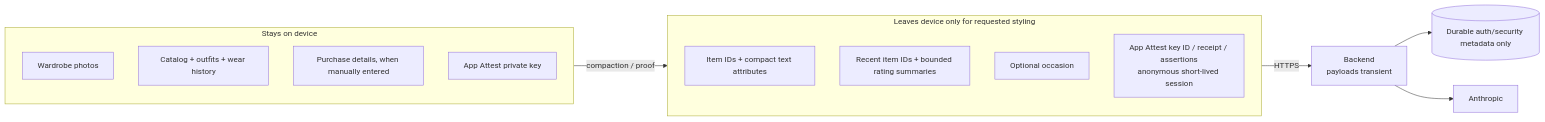
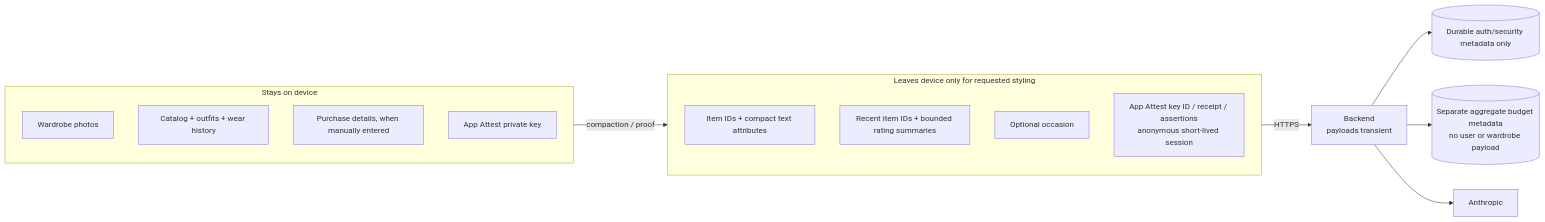
The second of 6 diagrams in docs/architecture.md (tzehon/wardrobe-stylist), drawn with Mermaid before and after one commit. The commit also changed other lines of this file and 33 other files, not shown here.

````diff
--- a/docs/architecture.md
+++ b/docs/architecture.md
@@ -61,23 +68,24 @@
 ```mermaid
 flowchart LR
     subgraph OnDevice["Stays on device"]
         direction TB
         Photos["Wardrobe photos"]
         Catalog["Catalog + outfits + wear history"]
         Purchase["Purchase details, when manually entered"]
         PrivateKey["App Attest private key"]
     end
 
     subgraph Leaves["Leaves device only for requested styling"]
         direction TB
         Attrs["Item IDs + compact text attributes"]
         Recent["Recent item IDs + bounded rating summaries"]
         Occasion["Optional occasion"]
         Proof["App Attest key ID / receipt / assertions<br/>anonymous short-lived session"]
     end
 
     OnDevice -->|"compaction / proof"| Leaves
     Leaves -->|"HTTPS"| Backend["Backend<br/>payloads transient"]
     Backend --> AuthStore[("Durable auth/security metadata only")]
+    Backend --> BudgetStore[("Separate aggregate budget metadata<br/>no user or wardrobe payload")]
     Backend --> LLM["Anthropic"]
 ```
````
